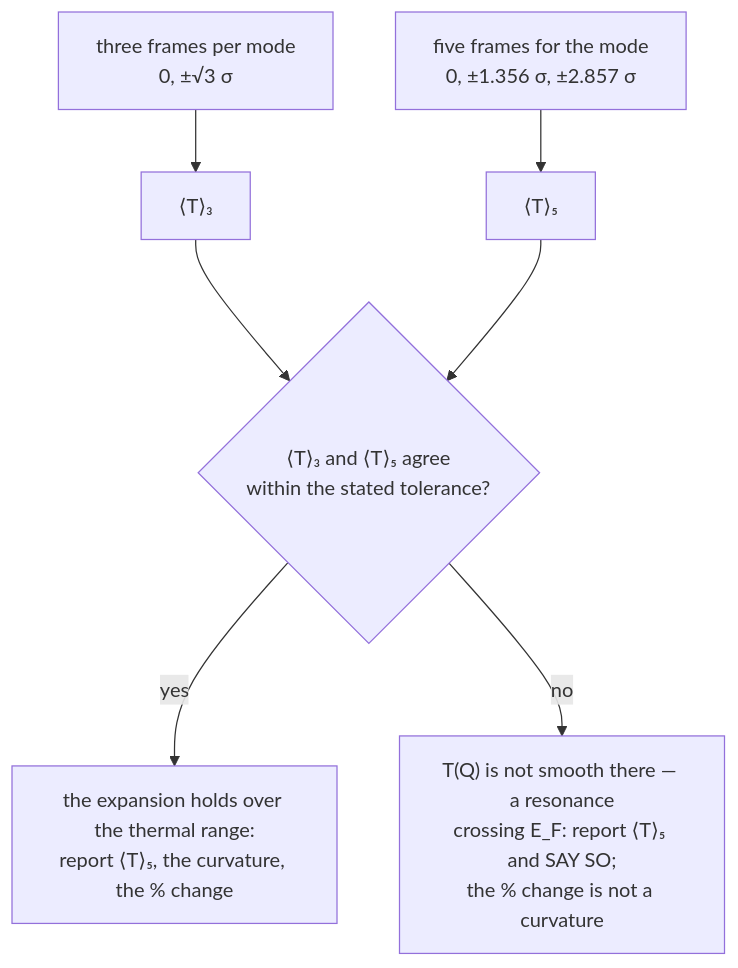
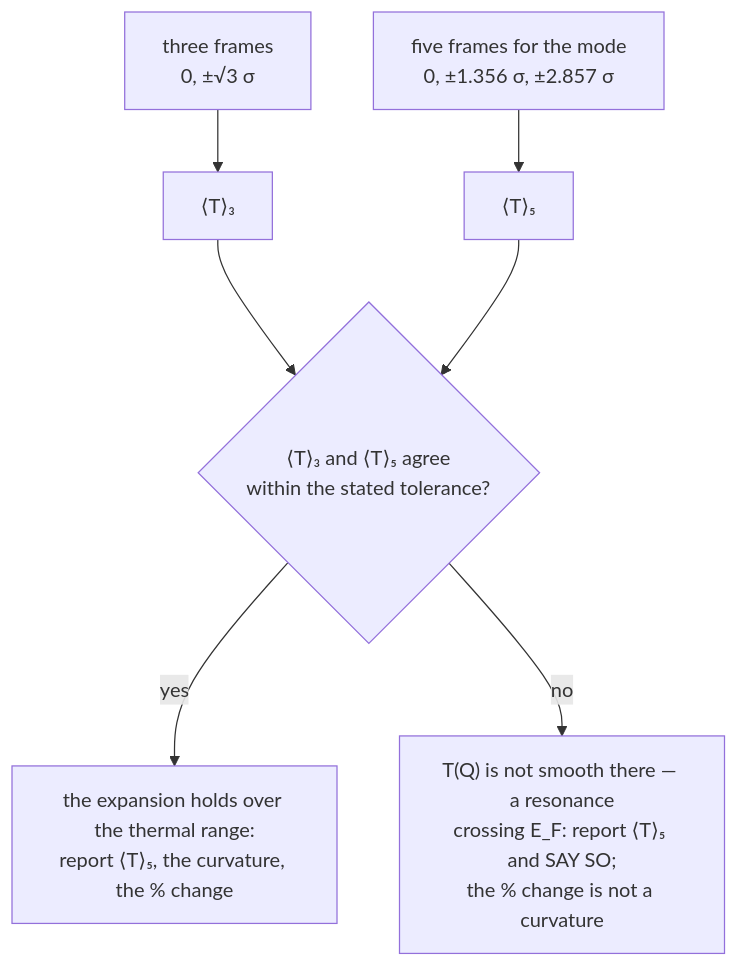
Before and after one commit to Qing-LAB/molbuilder: the fifth of 6 diagrams in docs/science/vibrational-averaging.md, drawn with Mermaid. The commit also changed other lines of this file and 9 other files, not shown here.

````diff
--- a/docs/science/vibrational-averaging.md
+++ b/docs/science/vibrational-averaging.md
@@ -343,9 +345,9 @@
 ```mermaid
 flowchart TD
-    A["three frames per mode<br/>0, ±√3 σ"] --> B["⟨T⟩₃"]
+    A["three frames<br/>0, ±√3 σ"] --> B["⟨T⟩₃"]
     C["five frames for the mode<br/>0, ±1.356 σ, ±2.857 σ"] --> D["⟨T⟩₅"]
     B --> E{"⟨T⟩₃ and ⟨T⟩₅ agree<br/>within the stated tolerance?"}
     D --> E
     E -->|yes| F["the expansion holds over the thermal range:<br/>report ⟨T⟩₅, the curvature, the % change"]
     E -->|no| G["T(Q) is not smooth there — a resonance<br/>crossing E_F: report ⟨T⟩₅ and SAY SO;<br/>the % change is not a curvature"]
 ```
````
